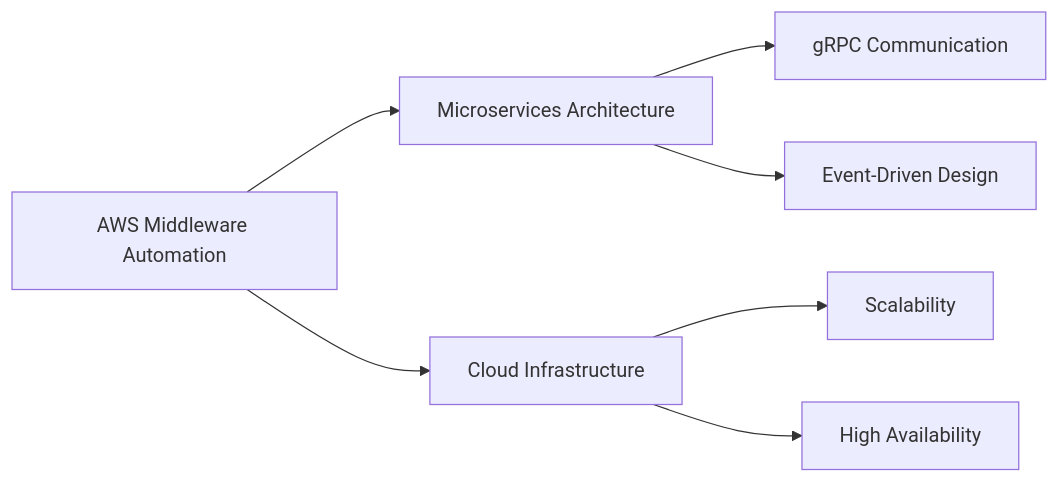
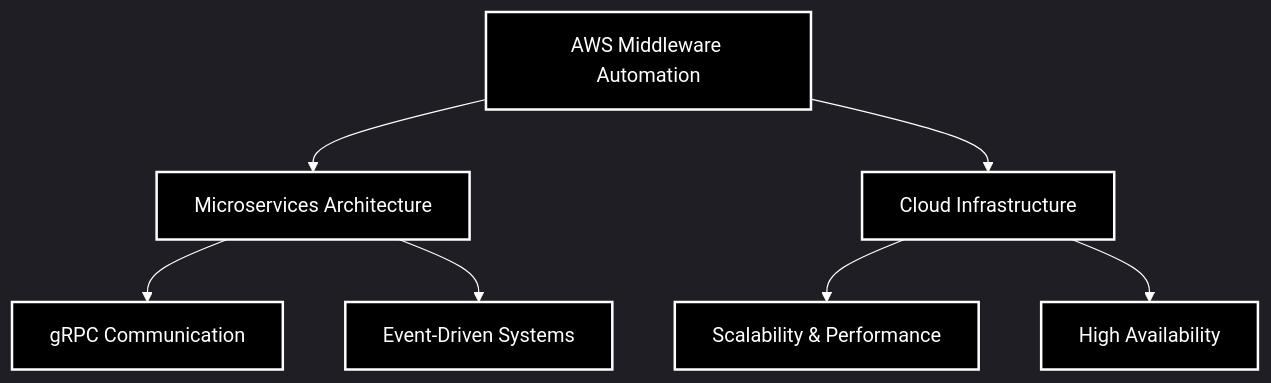
One commit to Souravrajvi0/souravrajvi0 changed the diagram in README.md. Above: the diagram before and after it, drawn with Mermaid. The commit also changed other lines of this file, not shown here.

````diff
--- a/README.md
+++ b/README.md
@@ -133,9 +130,18 @@
 ```mermaid
-graph LR
+%%{init: {'theme':'dark','themeVariables': {'primaryColor':'#ffffff','primaryTextColor':'#000','primaryBorderColor':'#ffffff','lineColor':'#ffffff','secondaryColor':'#000','tertiaryColor':'#000'}}}%%
+graph TD
     A[AWS Middleware Automation] --> B[Microservices Architecture]
     A --> C[Cloud Infrastructure]
     B --> D[gRPC Communication]
-    B --> E[Event-Driven Design]
-    C --> F[Scalability]
+    B --> E[Event-Driven Systems]
+    C --> F[Scalability & Performance]
     C --> G[High Availability]
+    
+    style A fill:#000,stroke:#fff,stroke-width:2px,color:#fff
+    style B fill:#000,stroke:#fff,stroke-width:2px,color:#fff
+    style C fill:#000,stroke:#fff,stroke-width:2px,color:#fff
+    style D fill:#000,stroke:#fff,stroke-width:2px,color:#fff
+    style E fill:#000,stroke:#fff,stroke-width:2px,color:#fff
+    style F fill:#000,stroke:#fff,stroke-width:2px,color:#fff
+    style G fill:#000,stroke:#fff,stroke-width:2px,color:#fff
 ```
````
